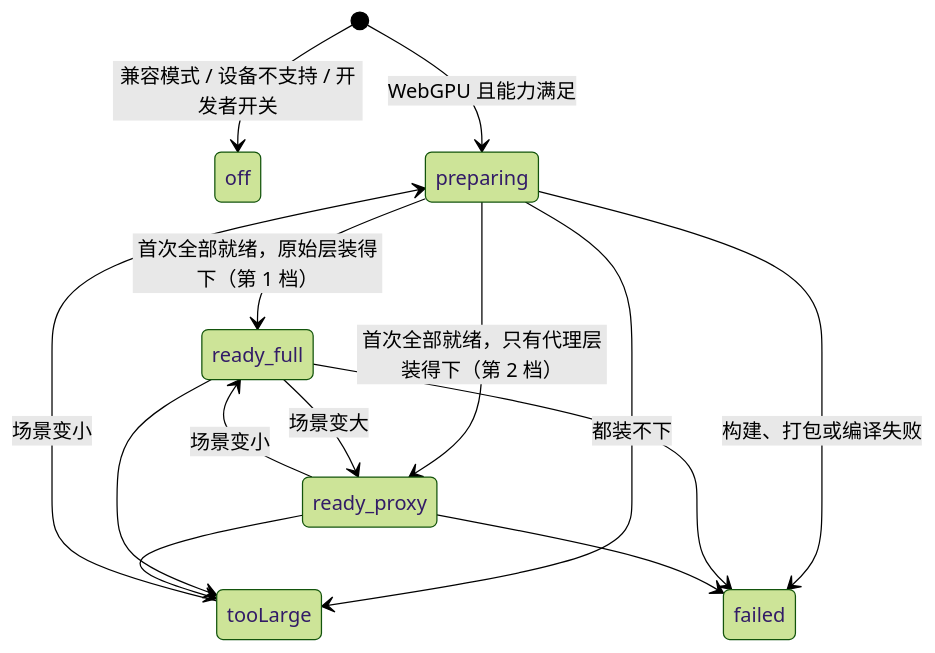
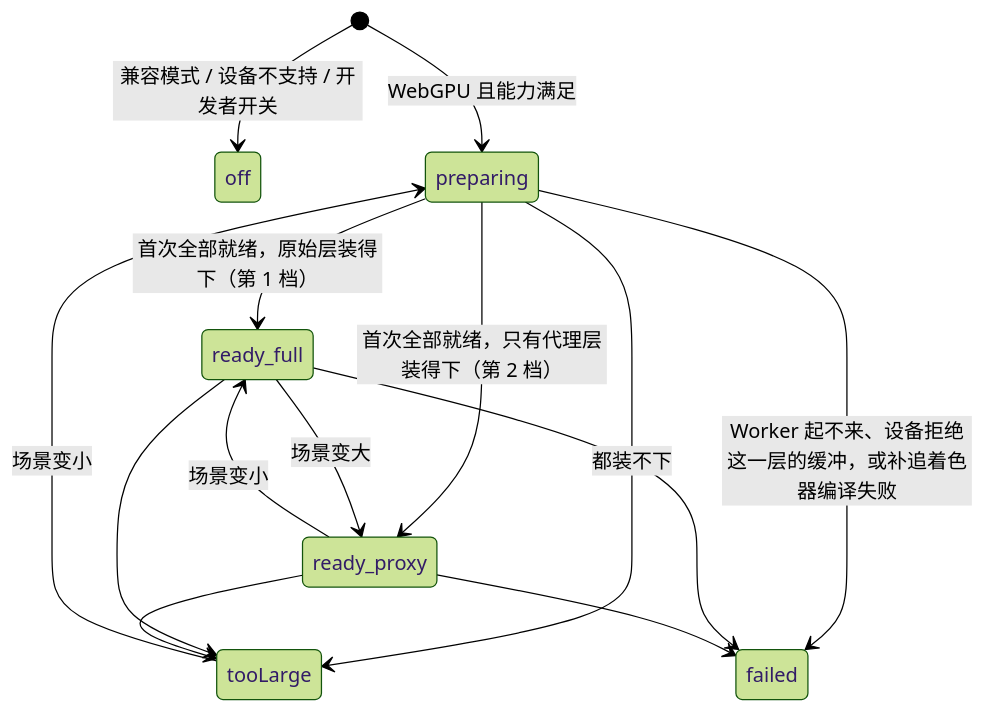
One commit to ltwin/customer_manage_platform changed the diagram in .lti/features/2026-10-23-scene-world-space-gi/features/2026-10-24-scene-offscreen-reflections/design.md. Above: the diagram before and after it, drawn with Mermaid (forest theme). The commit also changed other lines of this file and 73 other files, not shown here.

````diff
--- a/.lti/features/2026-10-23-scene-world-space-gi/features/2026-10-24-scene-offscreen-reflections/design.md
+++ b/.lti/features/2026-10-23-scene-world-space-gi/features/2026-10-24-scene-offscreen-reflections/design.md
@@ -31,16 +31,16 @@
 ```mermaid
 stateDiagram-v2
   [*] --> off: 兼容模式 / 设备不支持 / 开发者开关
   [*] --> preparing: WebGPU 且能力满足
   preparing --> ready_full: 首次全部就绪，原始层装得下（第 1 档）
   preparing --> ready_proxy: 首次全部就绪，只有代理层装得下（第 2 档）
   preparing --> tooLarge: 都装不下
   ready_full --> ready_proxy: 场景变大
   ready_proxy --> ready_full: 场景变小
   ready_full --> tooLarge
   ready_proxy --> tooLarge
   tooLarge --> preparing: 场景变小
-  preparing --> failed: 构建、打包或编译失败
+  preparing --> failed: Worker 起不来、设备拒绝这一层的缓冲，或补追着色器编译失败
   ready_full --> failed
   ready_proxy --> failed
 ```
````
